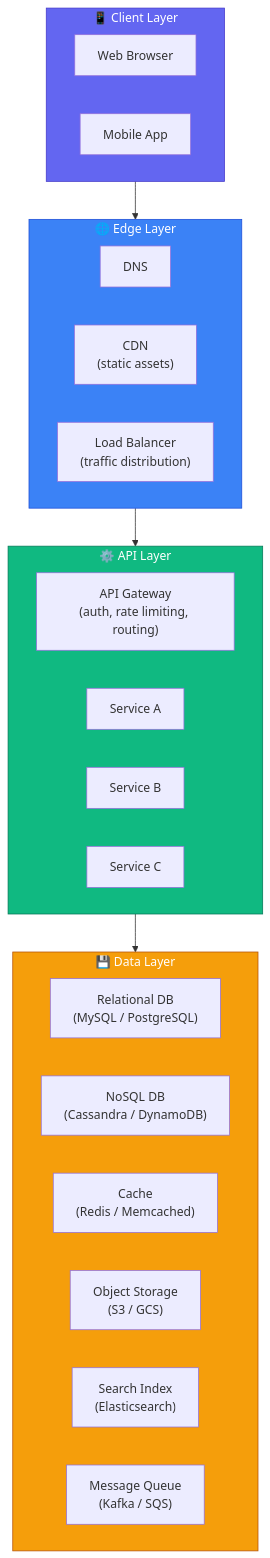
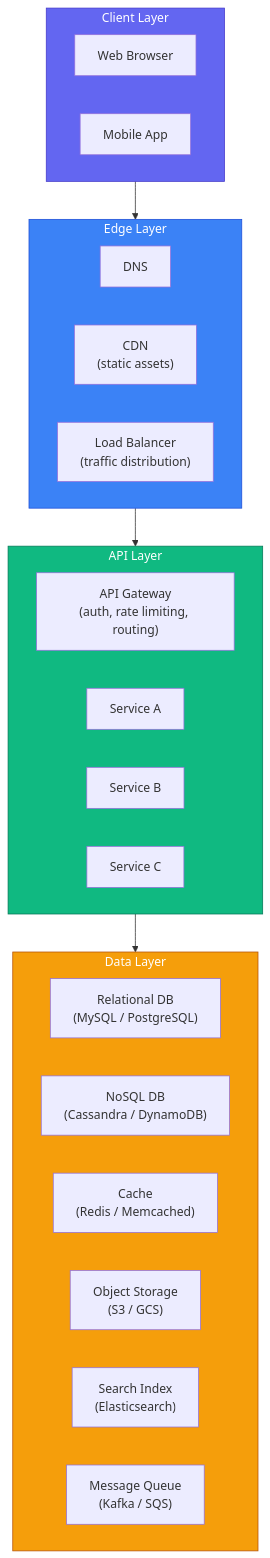
One commit to devops-monk/system-design-blog changed the seventh of 18 diagrams in content/posts/2026/framework-for-system-design-interviews.md. Above: the diagram before and after it, drawn with Mermaid. The commit also changed other lines of this file and 5 other files, not shown here.

````diff
--- a/content/posts/2026/framework-for-system-design-interviews.md
+++ b/content/posts/2026/framework-for-system-design-interviews.md
@@ -270,36 +270,36 @@
 ```mermaid
 flowchart TD
-    subgraph Client["📱 Client Layer"]
+    subgraph Client["Client Layer"]
         WEB["Web Browser"]
         MOB["Mobile App"]
     end
 
-    subgraph Edge["🌐 Edge Layer"]
+    subgraph Edge["Edge Layer"]
         DNS["DNS"]
         CDN["CDN\n(static assets)"]
         LB["Load Balancer\n(traffic distribution)"]
     end
 
-    subgraph API["⚙️ API Layer"]
+    subgraph API["API Layer"]
         GW["API Gateway\n(auth, rate limiting, routing)"]
         SVC1["Service A"]
         SVC2["Service B"]
         SVC3["Service C"]
     end
 
-    subgraph Data["💾 Data Layer"]
+    subgraph Data["Data Layer"]
         SQL["Relational DB\n(MySQL / PostgreSQL)"]
         NOSQL["NoSQL DB\n(Cassandra / DynamoDB)"]
         CACHE["Cache\n(Redis / Memcached)"]
         BLOB["Object Storage\n(S3 / GCS)"]
         SEARCH["Search Index\n(Elasticsearch)"]
         MQ["Message Queue\n(Kafka / SQS)"]
     end
 
     Client --> Edge --> API --> Data
 
     style Client fill:#6366F1,stroke:#4338CA,color:#fff
     style Edge fill:#3B82F6,stroke:#1D4ED8,color:#fff
     style API fill:#10B981,stroke:#047857,color:#fff
     style Data fill:#F59E0B,stroke:#B45309,color:#fff
 ```
````
